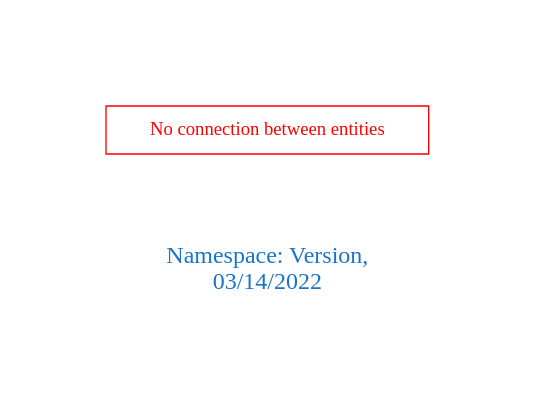
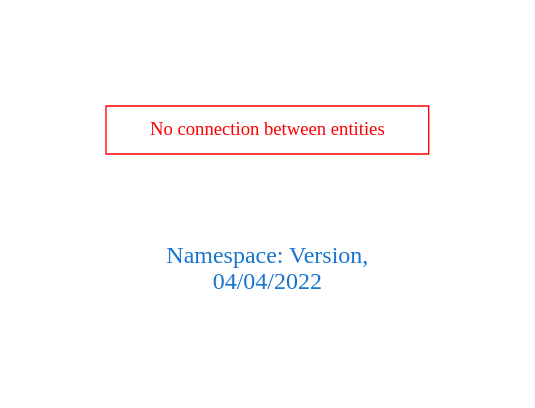
One commit to arago/OGIT changed the diagram in downloads/Version.dot. Above: the diagram before and after it, drawn with Graphviz. The commit also changed 1906 other files, not shown here.

```diff
--- a/downloads/Version.dot
+++ b/downloads/Version.dot
@@ -1,9 +1,9 @@
 digraph OGIT_ontology {
  graph [ rankdir= LR,pad=1 
 fontsize = 18,
-fontcolor= dodgerblue3,label = "\n\n\nNamespace: Version, \n 03/14/2022"];
+fontcolor= dodgerblue3,label = "\n\n\nNamespace: Version, \n 04/04/2022"];
 node[shape=polygon];
 edge [  color="gray81"];
 
 "No connection between entities" [fontcolor = "red",color="red", shape="polygon"]
 }
```
